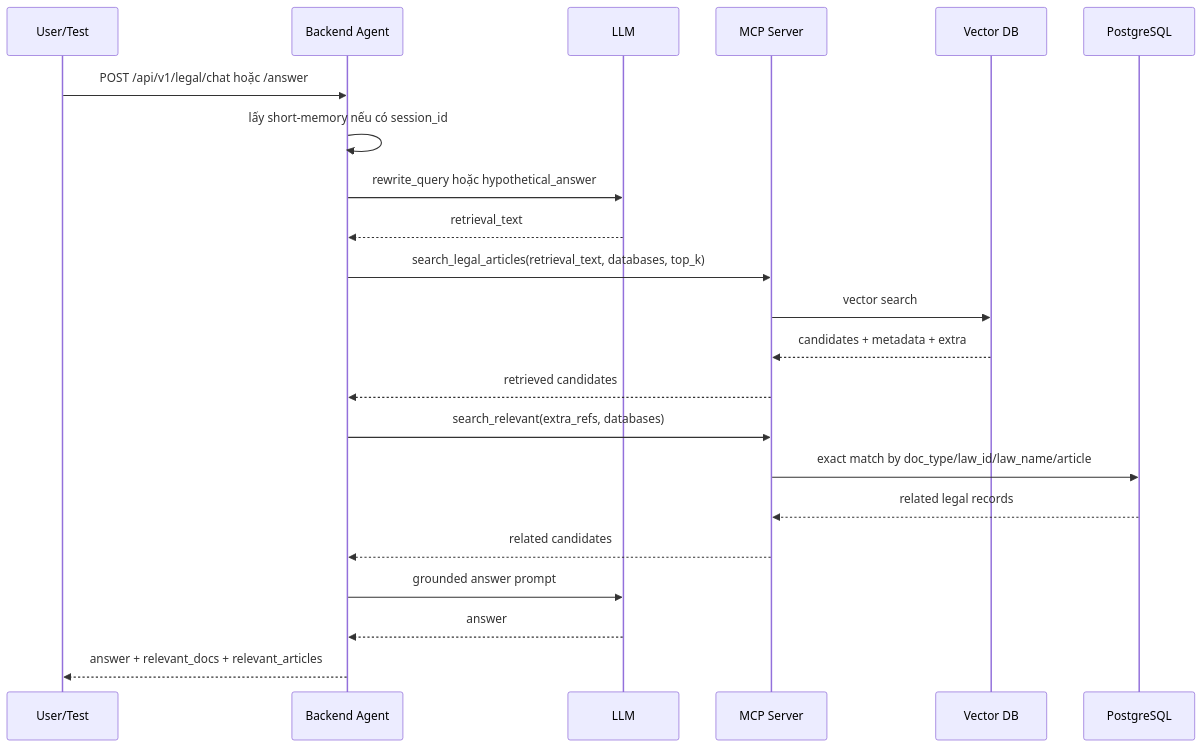
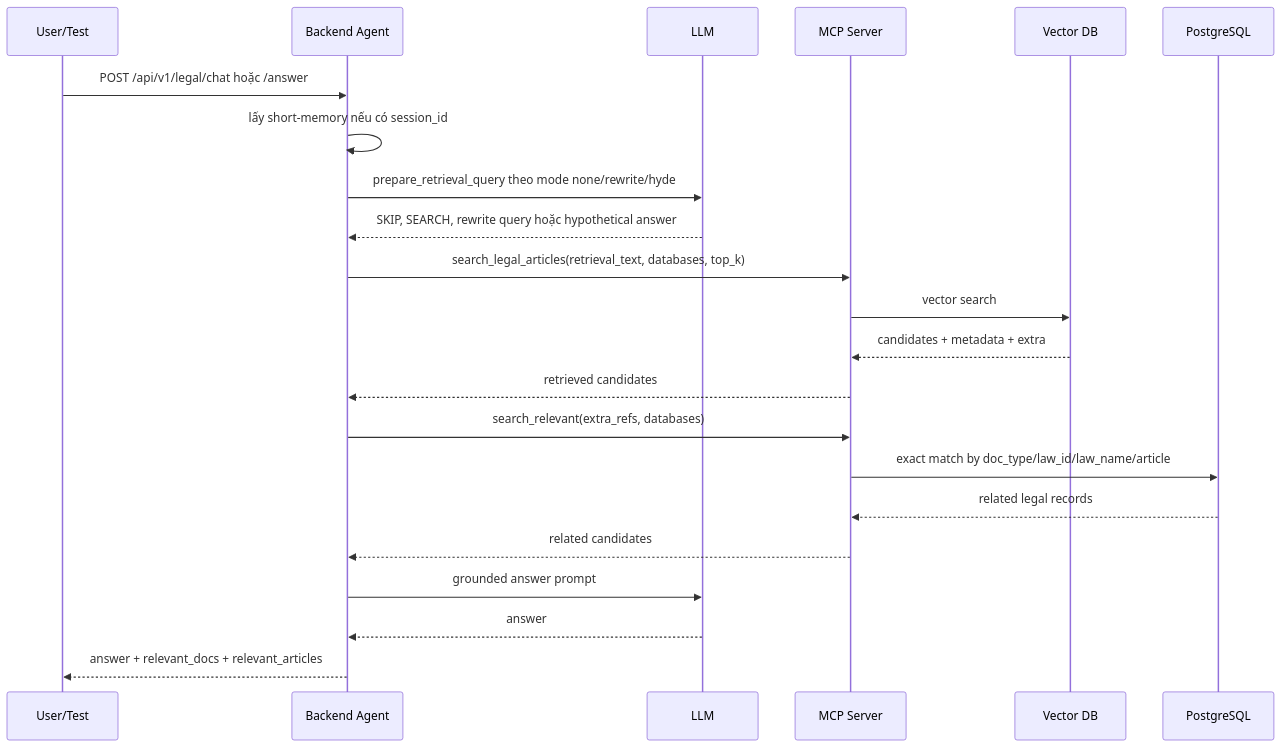
Before and after one commit to lmhtung/legal-assistant-agent: the second of 4 diagrams in backend/docs/REPORT.md, drawn with Mermaid. The commit also changed other lines of this file and 51 other files, not shown here.

````diff
--- a/backend/docs/REPORT.md
+++ b/backend/docs/REPORT.md
@@ -113,27 +113,27 @@
 ```mermaid
 sequenceDiagram
     participant U as User/Test
     participant B as Backend Agent
     participant L as LLM
     participant M as MCP Server
     participant V as Vector DB
     participant P as PostgreSQL
 
     U->>B: POST /api/v1/legal/chat hoặc /answer
     B->>B: lấy short-memory nếu có session_id
-    B->>L: rewrite_query hoặc hypothetical_answer
-    L-->>B: retrieval_text
+    B->>L: prepare_retrieval_query theo mode none/rewrite/hyde
+    L-->>B: SKIP, SEARCH, rewrite query hoặc hypothetical answer
     B->>M: search_legal_articles(retrieval_text, databases, top_k)
     M->>V: vector search
     V-->>M: candidates + metadata + extra
     M-->>B: retrieved candidates
 
     B->>M: search_relevant(extra_refs, databases)
     M->>P: exact match by doc_type/law_id/law_name/article
     P-->>M: related legal records
     M-->>B: related candidates
 
     B->>L: grounded answer prompt
     L-->>B: answer
     B-->>U: answer + relevant_docs + relevant_articles
 ```
````
